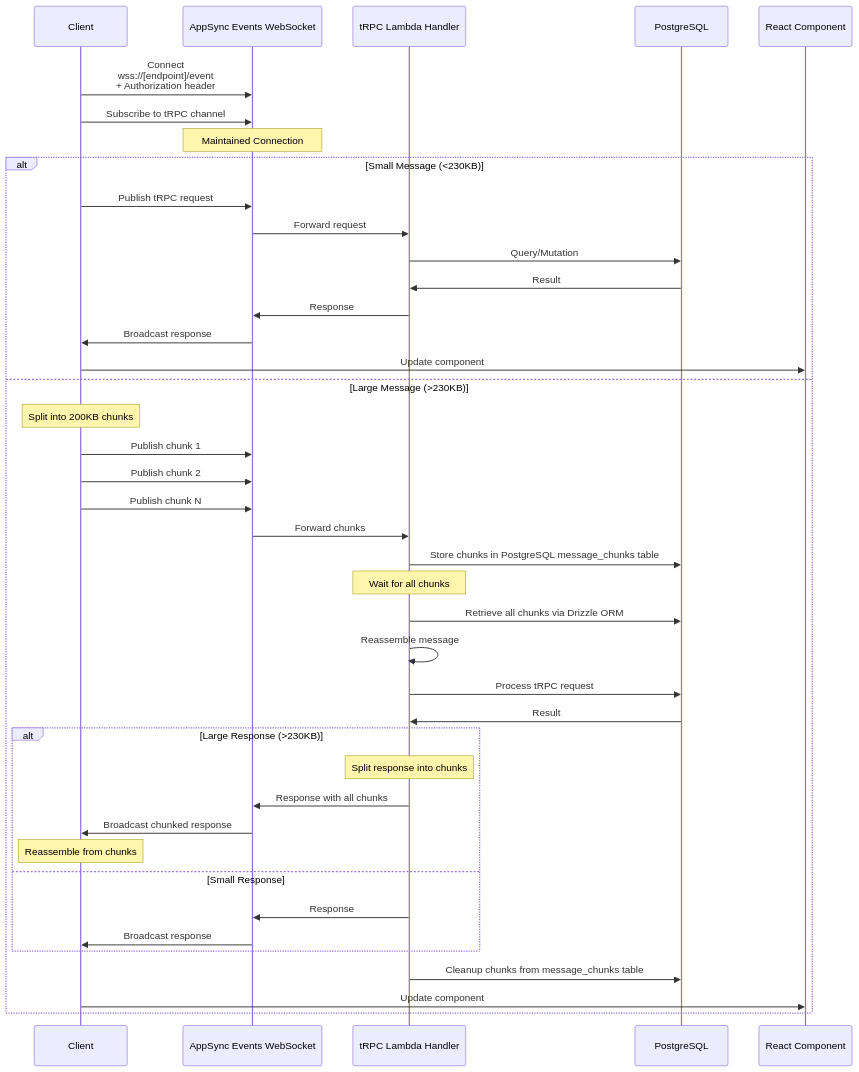
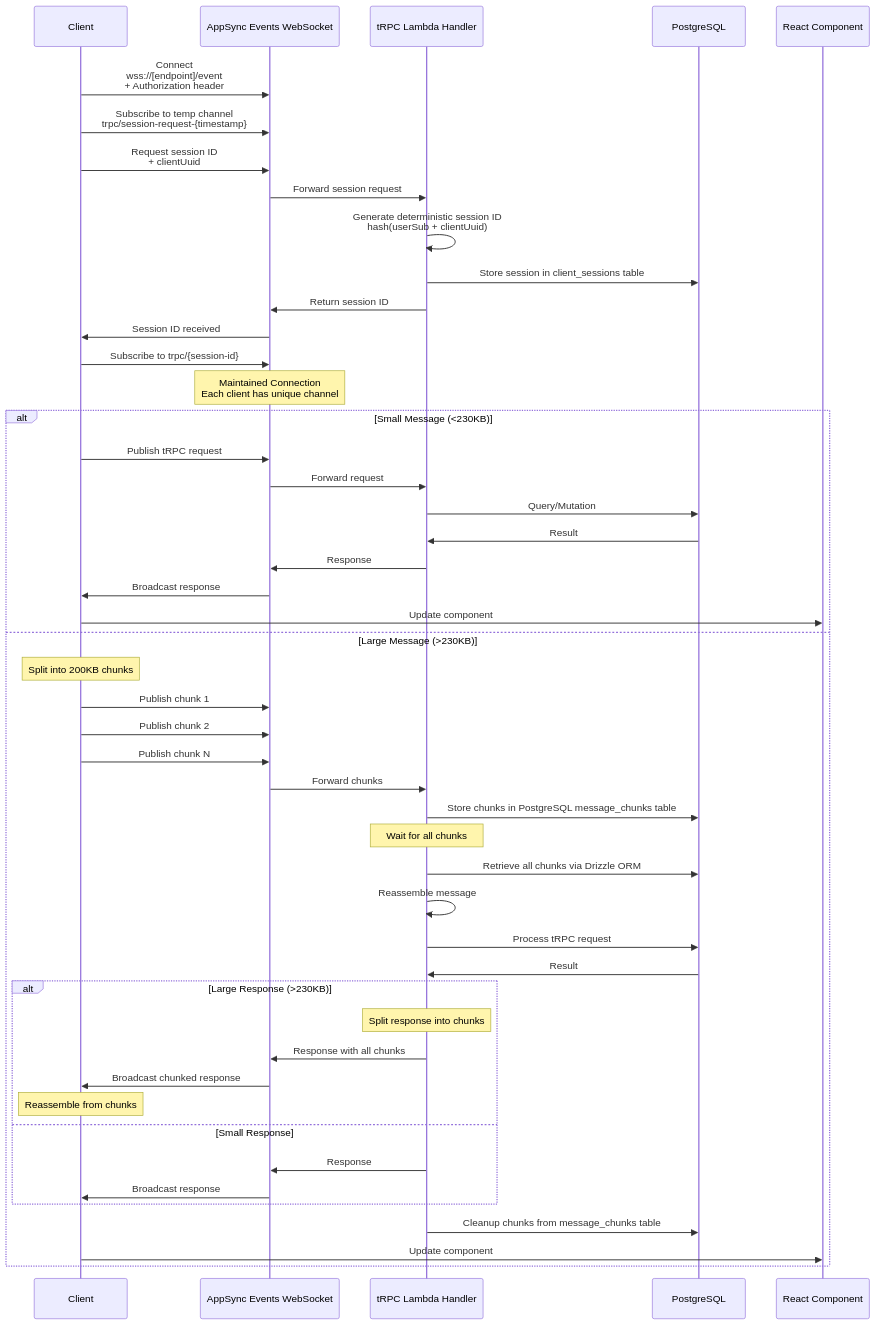
Before and after one commit to mattiarossi/playground-trpc-amplify: the fifth of 10 diagrams in specs/architecture-detailed.md, drawn with Mermaid. The commit also changed other lines of this file and 8 other files, not shown here.

First line of the commit message:
feat: implement secure per-client WebSocket session management

````diff
--- a/specs/architecture-detailed.md
+++ b/specs/architecture-detailed.md
@@ -114,45 +114,52 @@
 ```mermaid
 sequenceDiagram
     participant Client
     participant WS as AppSync Events WebSocket
     participant Lambda as tRPC Lambda Handler
     participant DB as PostgreSQL
     participant UI as React Component
     
     Client->>WS: Connect<br/>wss://[endpoint]/event<br/>+ Authorization header
-    Client->>WS: Subscribe to tRPC channel
-    Note over WS: Maintained Connection
+    Client->>WS: Subscribe to temp channel<br/>trpc/session-request-{timestamp}
+    Client->>WS: Request session ID<br/>+ clientUuid
+    WS->>Lambda: Forward session request
+    Lambda->>Lambda: Generate deterministic session ID<br/>hash(userSub + clientUuid)
+    Lambda->>DB: Store session in client_sessions table
+    Lambda->>WS: Return session ID
+    WS->>Client: Session ID received
+    Client->>WS: Subscribe to trpc/{session-id}
+    Note over WS: Maintained Connection<br/>Each client has unique channel
     
     alt Small Message (<230KB)
         Client->>WS: Publish tRPC request
         WS->>Lambda: Forward request
         Lambda->>DB: Query/Mutation
         DB->>Lambda: Result
         Lambda->>WS: Response
         WS->>Client: Broadcast response
         Client->>UI: Update component
     else Large Message (>230KB)
         Note over Client: Split into 200KB chunks
         Client->>WS: Publish chunk 1
         Client->>WS: Publish chunk 2
         Client->>WS: Publish chunk N
         WS->>Lambda: Forward chunks
         Lambda->>DB: Store chunks in PostgreSQL message_chunks table
         Note over Lambda: Wait for all chunks
         Lambda->>DB: Retrieve all chunks via Drizzle ORM
         Lambda->>Lambda: Reassemble message
         Lambda->>DB: Process tRPC request
         DB->>Lambda: Result
         alt Large Response (>230KB)
             Note over Lambda: Split response into chunks
             Lambda->>WS: Response with all chunks
             WS->>Client: Broadcast chunked response
             Note over Client: Reassemble from chunks
         else Small Response
             Lambda->>WS: Response
             WS->>Client: Broadcast response
         end
         Lambda->>DB: Cleanup chunks from message_chunks table
         Client->>UI: Update component
     end
 ```
````
